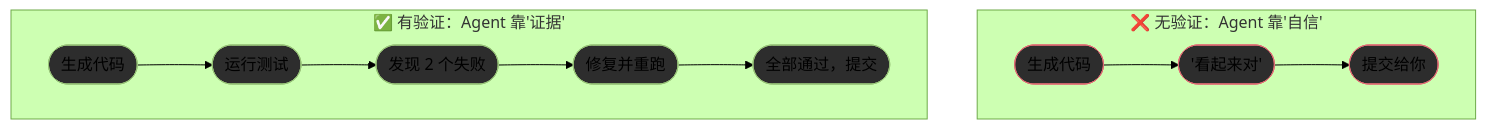
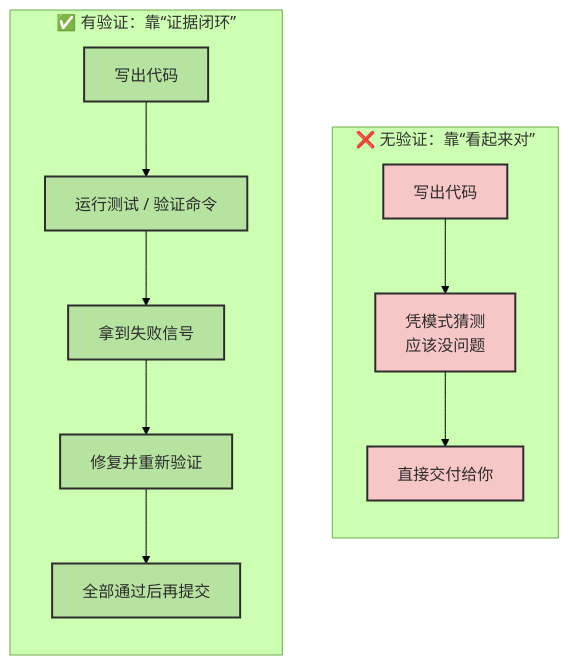
The second of 4 diagrams in docs/chapters/ch06-explore-verify.md (zht043/AgenticCodingTutorial), drawn with Mermaid (forest theme) before and after one commit. The commit also changed other lines of this file and 69 other files, not shown here.

Commit message:
optimize docs and add mermaid validation

````diff
--- a/docs/chapters/ch06-explore-verify.md
+++ b/docs/chapters/ch06-explore-verify.md
@@ -214,21 +214,23 @@
 ```mermaid
 flowchart TB
-    classDef bad fill:#2d2d2d,stroke:#e06c75
-    classDef good fill:#2d2d2d,stroke:#98c379
+    classDef bad fill:#f7c6c7,stroke:#2d2d2d,stroke-width:2px,color:#2d2d2d
+    classDef good fill:#b7e3a1,stroke:#2d2d2d,stroke-width:2px,color:#2d2d2d
 
-    subgraph NO["❌ 无验证：Agent 靠'自信'"]
-        N1(["生成代码"]):::bad
-        N2(["'看起来对'"]):::bad
-        N3(["提交给你"]):::bad
+    subgraph NO["❌ 无验证：靠“看起来对”"]
+        direction TB
+        N1["写出代码"]:::bad
+        N2["凭模式猜测<br/>应该没问题"]:::bad
+        N3["直接交付给你"]:::bad
         N1 --> N2 --> N3
     end
 
-    subgraph YES["✅ 有验证：Agent 靠'证据'"]
-        Y1(["生成代码"]):::good
-        Y2(["运行测试"]):::good
-        Y3(["发现 2 个失败"]):::good
-        Y4(["修复并重跑"]):::good
-        Y5(["全部通过，提交"]):::good
+    subgraph YES["✅ 有验证：靠“证据闭环”"]
+        direction TB
+        Y1["写出代码"]:::good
+        Y2["运行测试 / 验证命令"]:::good
+        Y3["拿到失败信号"]:::good
+        Y4["修复并重新验证"]:::good
+        Y5["全部通过后再提交"]:::good
         Y1 --> Y2 --> Y3 --> Y4 --> Y5
     end
 ```
````
